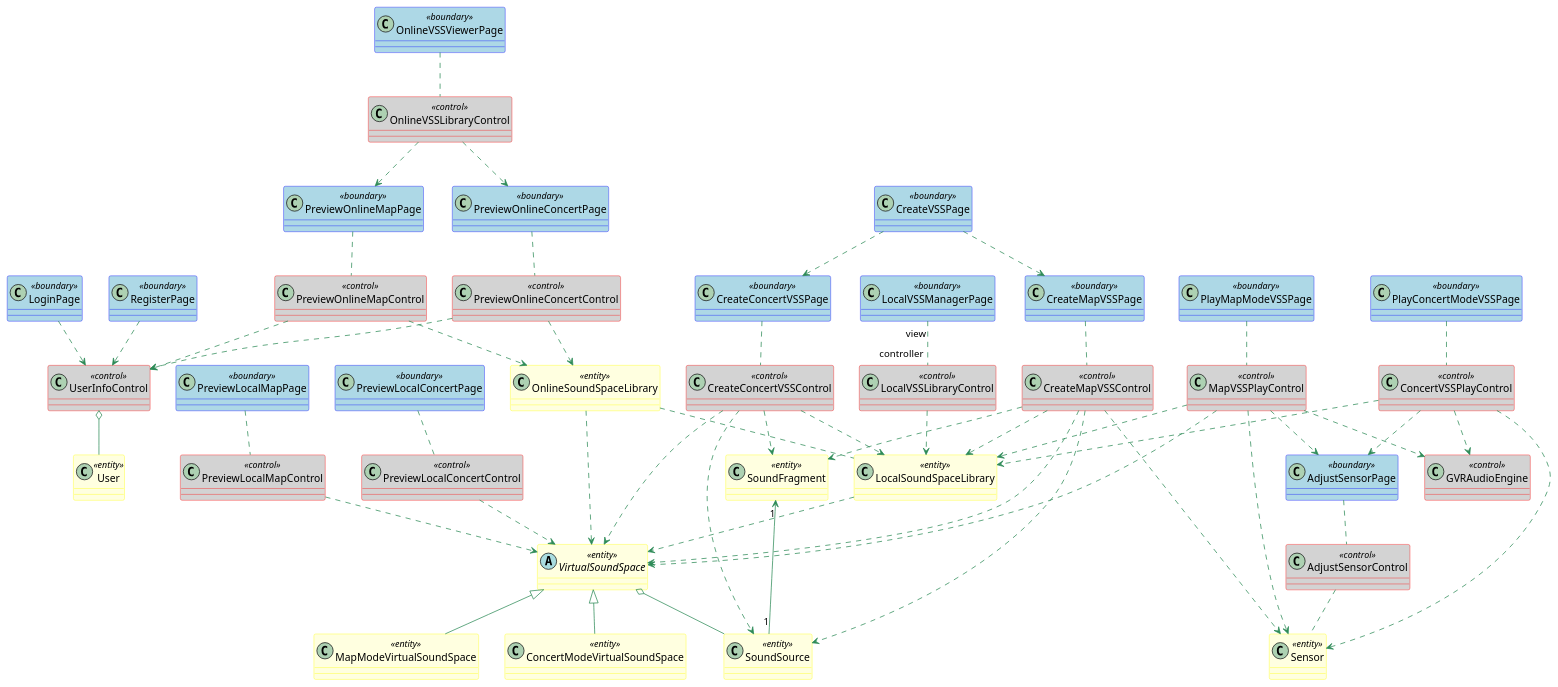
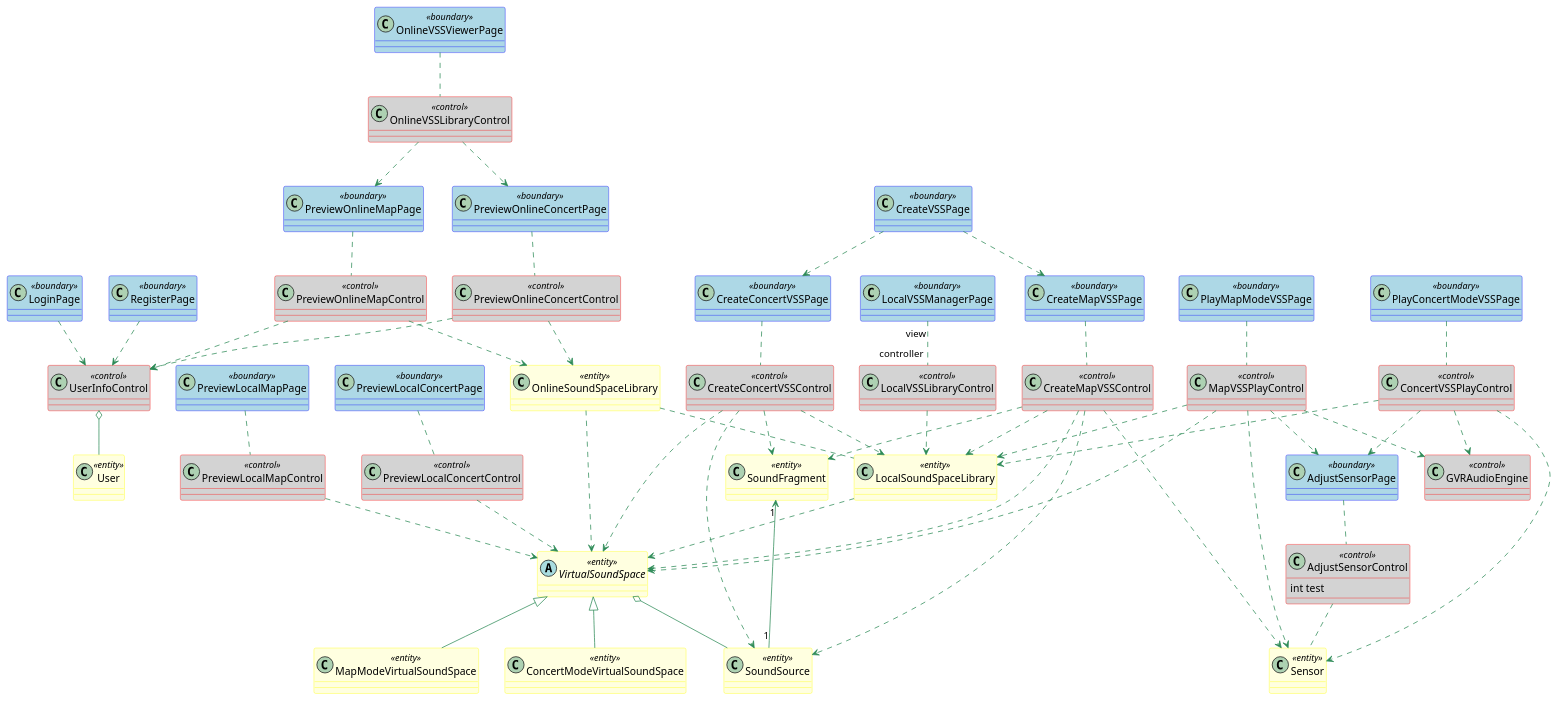
Before and after one commit to kpp19920121/doc: the diagram in 需求定义和分析/对象模型.md, drawn with PlantUML.

Commit message:
Test Commit

```diff
--- a/需求定义和分析/对象模型.md
+++ b/需求定义和分析/对象模型.md
@@ -177,13 +177,12 @@
 
 }
 class AdjustSensorControl <<control>> {
-
+	int test
 }
 class SoundFragment <<entity>> {
 
 }
 class OnlineVSSLibraryControl <<control>> {
-
 }
 
 
```
